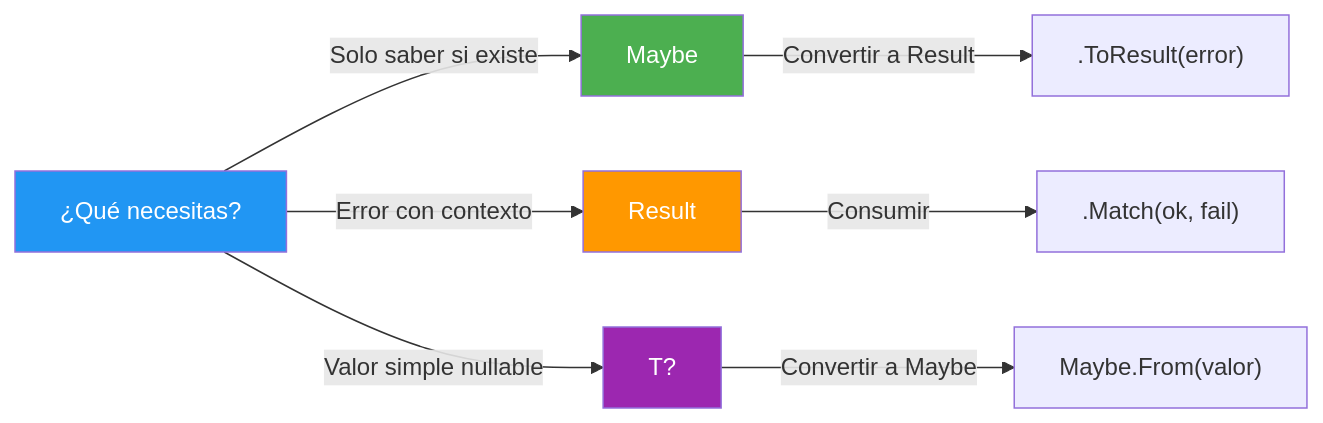
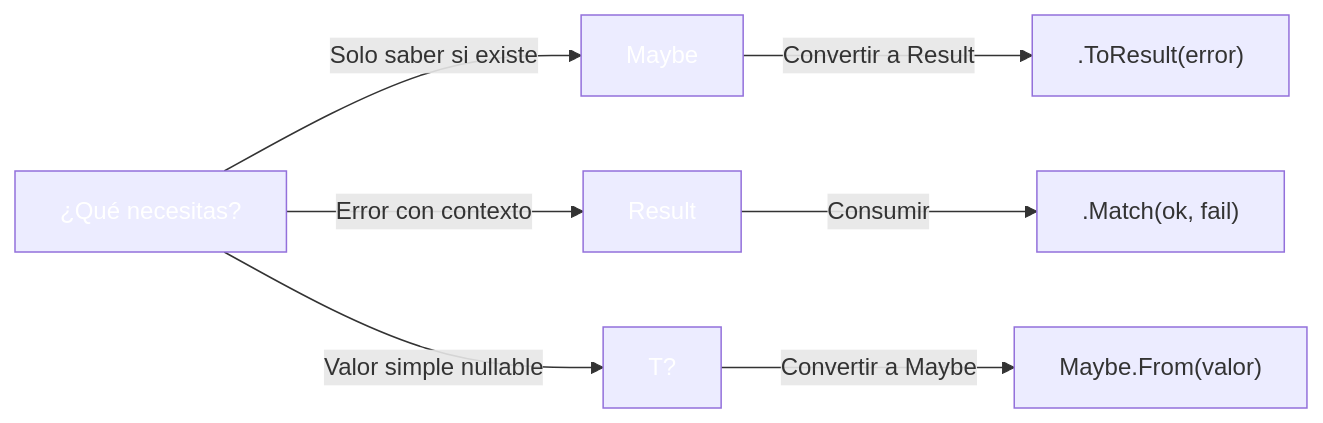
One commit to joseluisgs/DesarrolloWebEntornosServidor-01-2026-2027 changed the fifth of 5 diagrams in 15-rop-result.md. Above: the diagram before and after it, drawn with Mermaid. The commit also changed other lines of this file and 66 other files, not shown here.

First line of the commit message:
fix: normalizar titulos al castellano de frase y corregir la paleta de mermaid

````diff
--- a/15-rop-result.md
+++ b/15-rop-result.md
@@ -619,15 +619,15 @@
 ```mermaid
 flowchart LR
     A["¿Qué necesitas?"] -->|"Solo saber si existe"| B["Maybe<T>"]
     A -->|"Error con contexto"| C["Result<T, E>"]
     A -->|"Valor simple nullable"| D["T?"]
 
     B -->|"Convertir a Result"| E[".ToResult(error)"]
     C -->|"Consumir"| F[".Match(ok, fail)"]
     D -->|"Convertir a Maybe"| G["Maybe.From(valor)"]
 
-    style A fill:#2196F3,color:#fff
-    style B fill:#4CAF50,color:#fff
-    style C fill:#FF9800,color:#fff
-    style D fill:#9C27B0,color:#fff
+    style A fill:#2196F,color:#fff3,color:#fff
+    style B fill:#4CAF5,color:#fff0,color:#fff
+    style C fill:#FF980,color:#fff0,color:#fff
+    style D fill:#9C27B,color:#fff0,color:#fff
 ```
````
